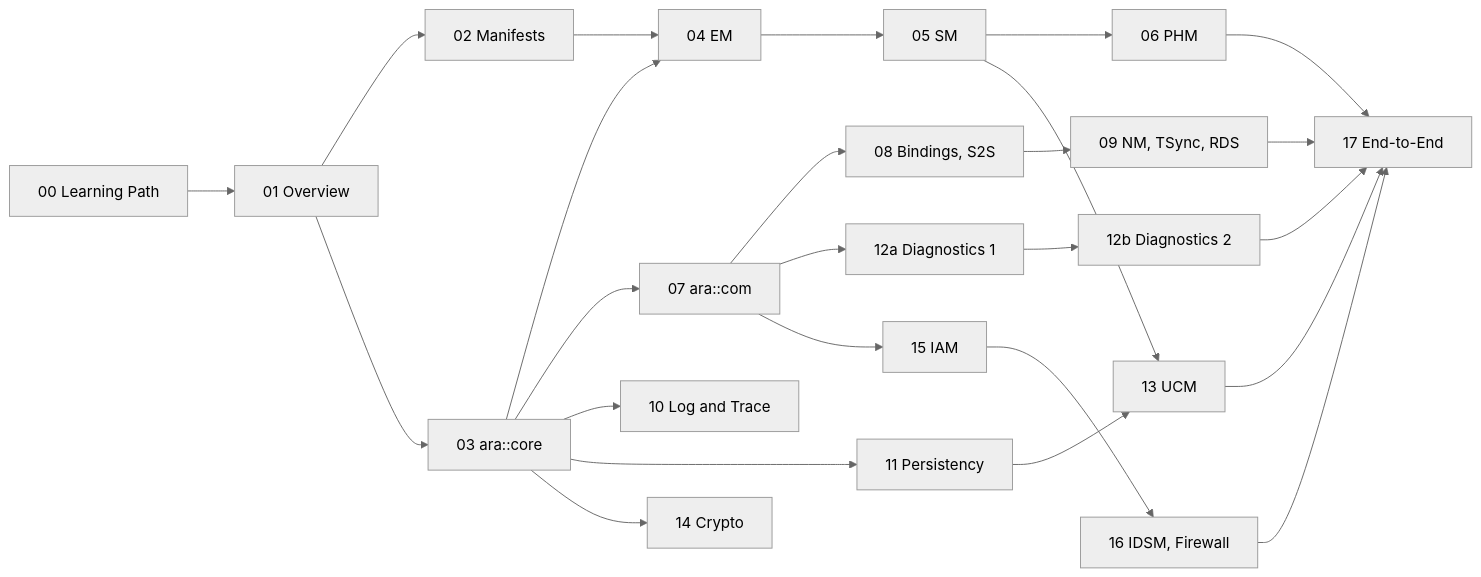
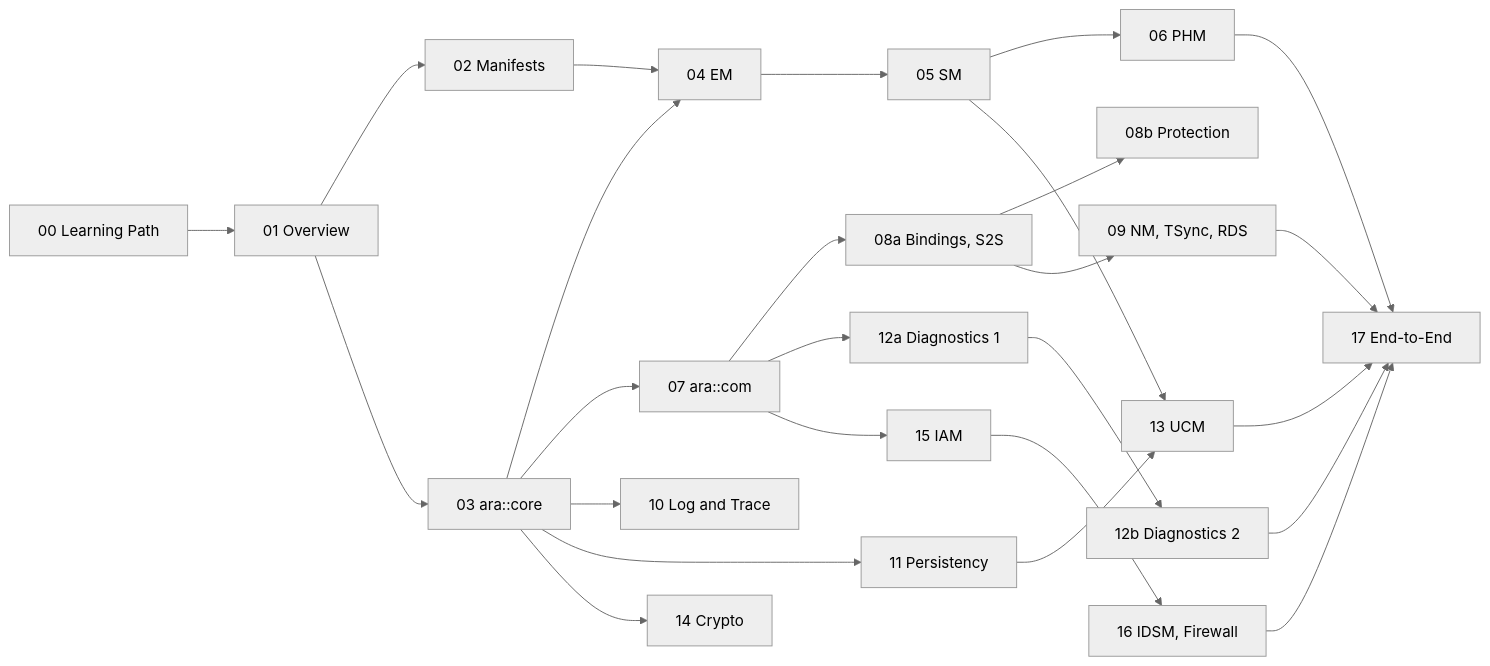
The third of 8 diagrams in guides/00_LearningPath.md (cavoidcodon/adaptive-guides), drawn with Mermaid (neutral theme) before and after one commit. The commit also changed other lines of this file and 9 other files, not shown here.

````diff
--- a/guides/00_LearningPath.md
+++ b/guides/00_LearningPath.md
@@ -357,23 +358,23 @@
 ```mermaid
 flowchart LR
     G00["00 Learning Path"] --> G01["01 Overview"]
     G01 --> G02["02 Manifests"]
     G01 --> G03["03 ara::core"]
     G02 --> G04["04 EM"]
     G03 --> G04
     G04 --> G05["05 SM"] --> G06["06 PHM"]
-    G03 --> G07["07 ara::com"] --> G08["08 Bindings, S2S"]
+    G03 --> G07["07 ara::com"] --> G08["08a Bindings, S2S"] --> G08B["08b Protection"]
     G08 --> G09["09 NM, TSync, RDS"]
     G03 --> G10["10 Log and Trace"]
     G03 --> G11["11 Persistency"]
     G07 --> G12a["12a Diagnostics 1"] --> G12b["12b Diagnostics 2"]
     G05 --> G13["13 UCM"]
     G11 --> G13
     G03 --> G14["14 Crypto"]
     G07 --> G15["15 IAM"] --> G16["16 IDSM, Firewall"]
     G06 --> G17["17 End-to-End"]
     G09 --> G17
     G12b --> G17
     G13 --> G17
     G16 --> G17
 ```
````
